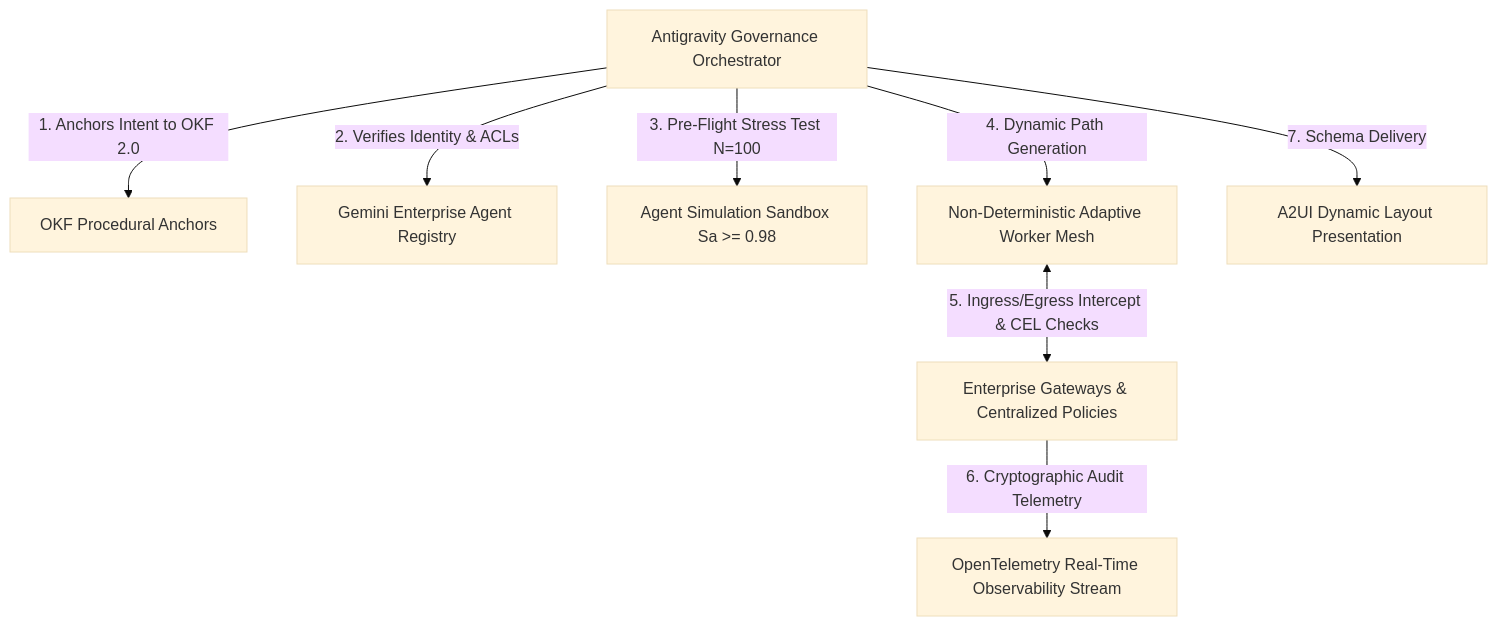
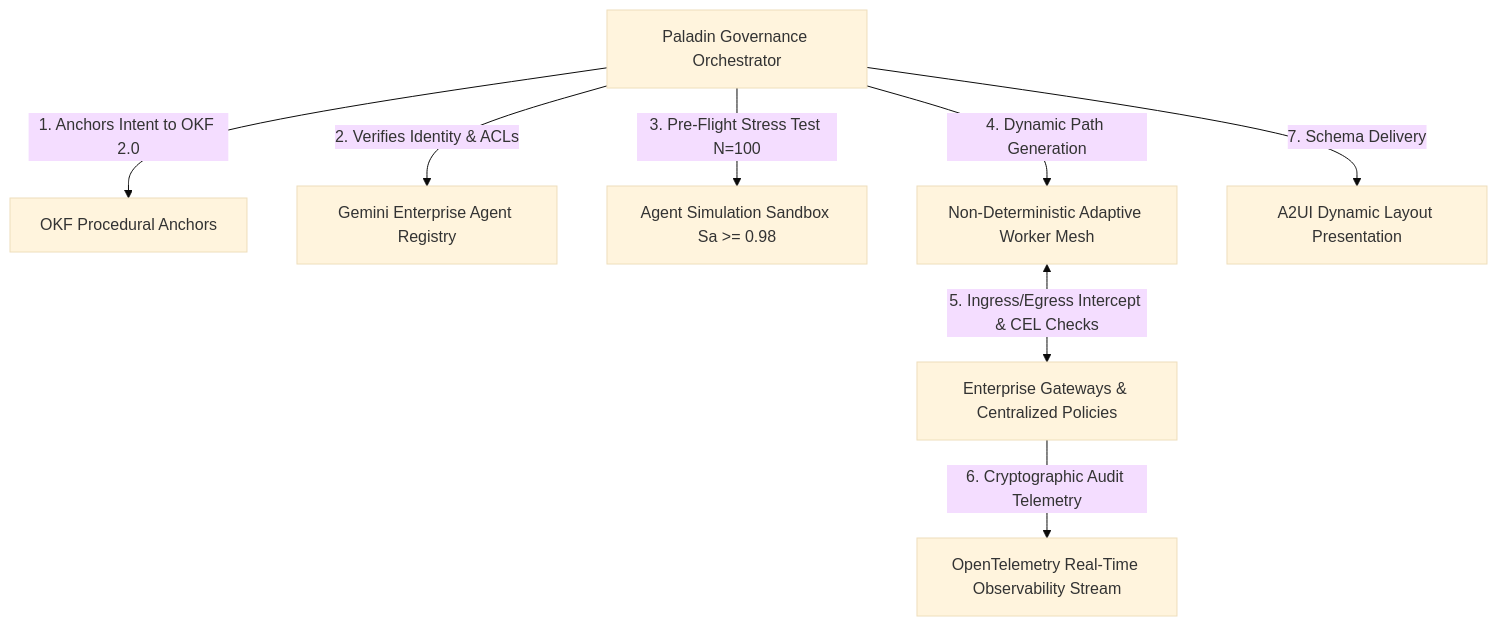
The diagram in sequential_multi_agent_development_guide.md (aarsanjani/capgemini-spark-2026), drawn with Mermaid (base theme) before and after one commit. The commit also changed other lines of this file and 13 other files, not shown here.

````diff
--- a/sequential_multi_agent_development_guide.md
+++ b/sequential_multi_agent_development_guide.md
@@ -13,10 +13,10 @@
 ```mermaid
 graph TD
-    A[Antigravity Governance Orchestrator] -->|1. Anchors Intent to OKF 2.0| Anchors[OKF Procedural Anchors]
+    A[Paladin Governance Orchestrator] -->|1. Anchors Intent to OKF 2.0| Anchors[OKF Procedural Anchors]
     A -->|2. Verifies Identity & ACLs| Reg[Gemini Enterprise Agent Registry]
     A -->|3. Pre-Flight Stress Test N=100| Sim[Agent Simulation Sandbox Sa >= 0.98]
     A -->|4. Dynamic Path Generation| Mesh[Non-Deterministic Adaptive Worker Mesh]
     Mesh <-->|5. Ingress/Egress Intercept & CEL Checks| Gtw[Enterprise Gateways & Centralized Policies]
     Gtw -->|6. Cryptographic Audit Telemetry| Obs[OpenTelemetry Real-Time Observability Stream]
     A -->|7. Schema Delivery| UI[A2UI Dynamic Layout Presentation]
 ```
````
